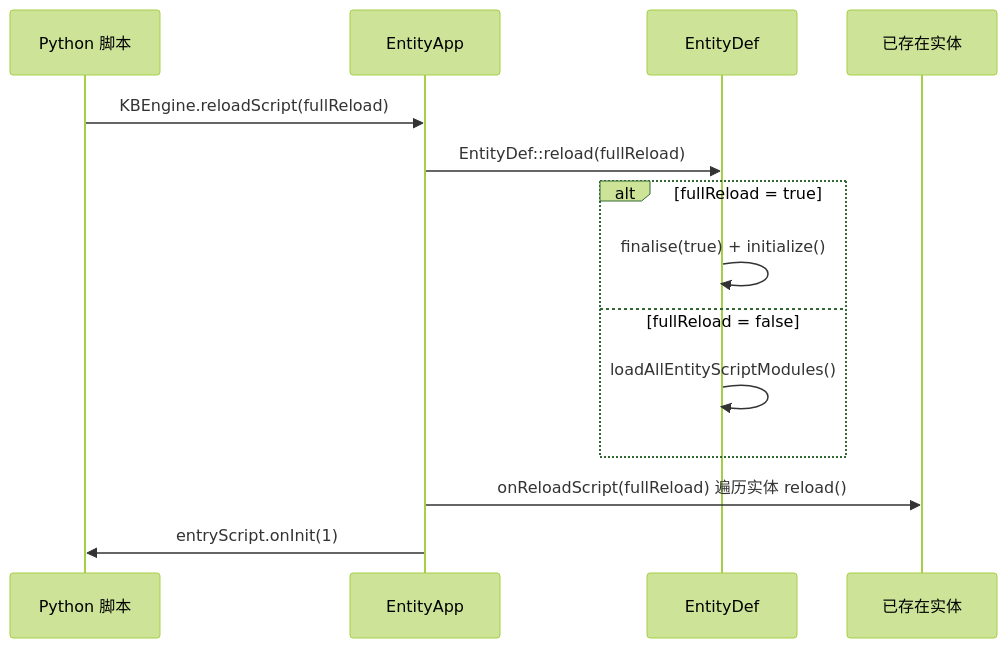
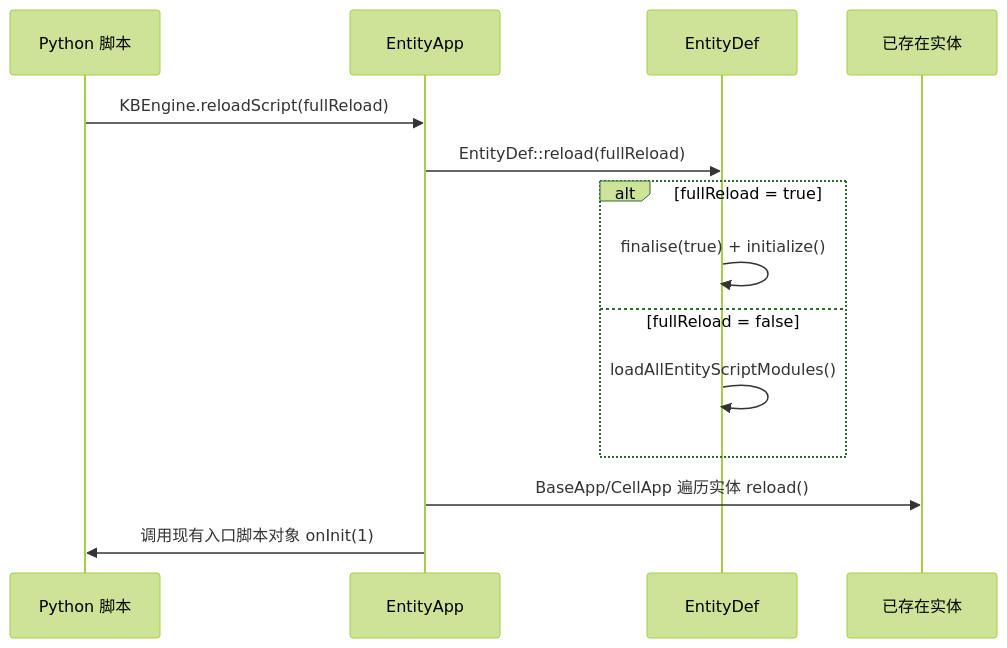
Before and after one commit to cuihairu/kbengine: the first of 3 diagrams in docs/study/21-hotupdate-fault-tolerance-and-ops.md, drawn with Mermaid (forest theme). The commit also changed other lines of this file and 30 other files, not shown here.

````diff
--- a/docs/study/21-hotupdate-fault-tolerance-and-ops.md
+++ b/docs/study/21-hotupdate-fault-tolerance-and-ops.md
@@ -23,17 +190,17 @@
 ```mermaid
 sequenceDiagram
     participant Py as Python 脚本
     participant App as EntityApp
     participant Def as EntityDef
     participant Entity as 已存在实体
 
     Py->>App: KBEngine.reloadScript(fullReload)
     App->>Def: EntityDef::reload(fullReload)
     alt fullReload = true
         Def->>Def: finalise(true) + initialize()
     else fullReload = false
         Def->>Def: loadAllEntityScriptModules()
     end
-    App->>Entity: onReloadScript(fullReload) 遍历实体 reload()
-    App->>Py: entryScript.onInit(1)
+    App->>Entity: BaseApp/CellApp 遍历实体 reload()
+    App->>Py: 调用现有入口脚本对象 onInit(1)
 ```
````
